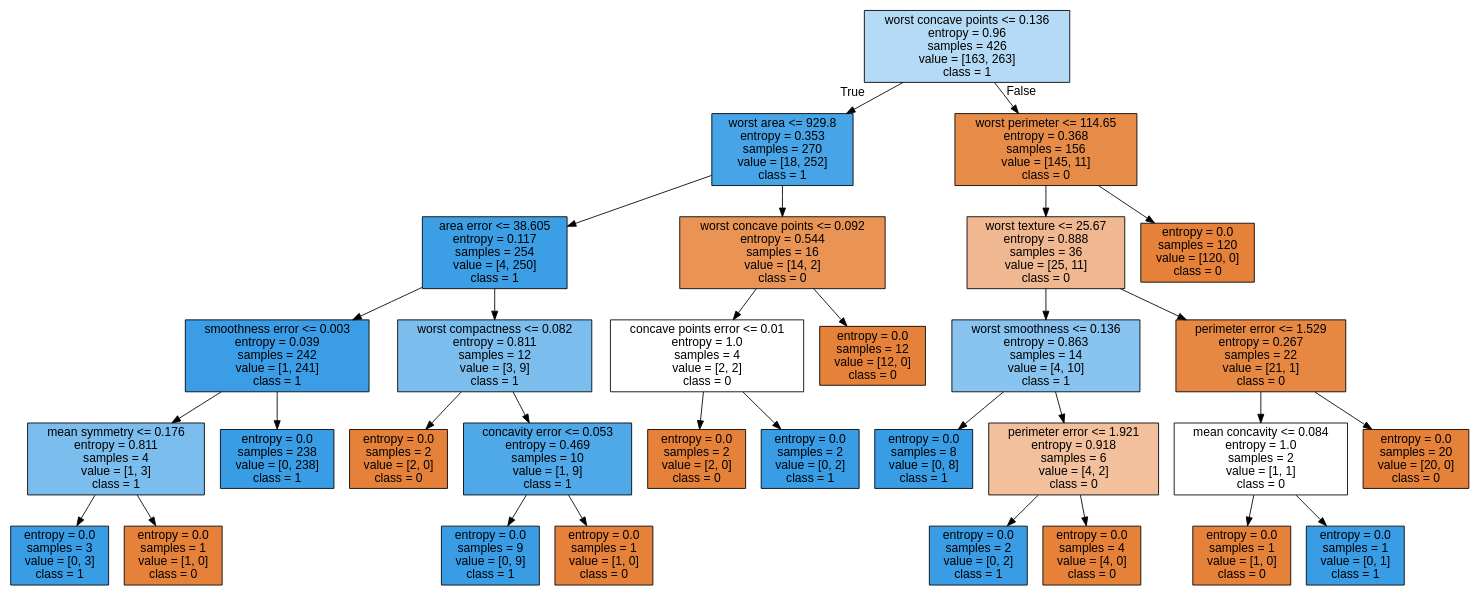
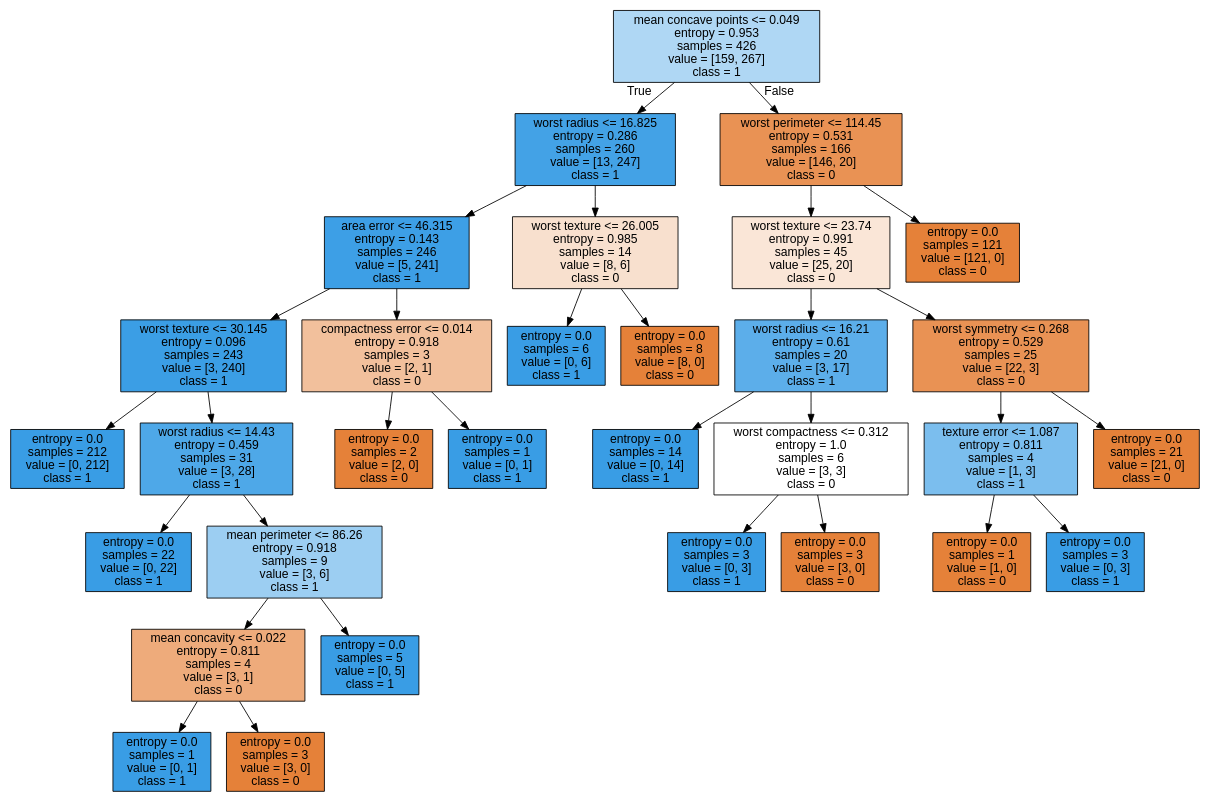
The diagram in tree.dot (zareeiant/Intro_to_Machine_Learning_Student_Workbooks), drawn with Graphviz before and after one commit. The commit also changed 9 other files, not shown here.

```diff
--- a/tree.dot
+++ b/tree.dot
@@ -1,65 +1,65 @@
 digraph Tree {
 node [shape=box, style="filled", color="black", fontname="helvetica"] ;
 edge [fontname="helvetica"] ;
-0 [label="worst concave points <= 0.136\nentropy = 0.96\nsamples = 426\nvalue = [163, 263]\nclass = 1", fillcolor="#b4daf5"] ;
-1 [label="worst area <= 929.8\nentropy = 0.353\nsamples = 270\nvalue = [18, 252]\nclass = 1", fillcolor="#47a4e7"] ;
+0 [label="mean concave points <= 0.049\nentropy = 0.953\nsamples = 426\nvalue = [159, 267]\nclass = 1", fillcolor="#afd7f4"] ;
+1 [label="worst radius <= 16.825\nentropy = 0.286\nsamples = 260\nvalue = [13, 247]\nclass = 1", fillcolor="#43a2e6"] ;
 0 -> 1 [labeldistance=2.5, labelangle=45, headlabel="True"] ;
-2 [label="area error <= 38.605\nentropy = 0.117\nsamples = 254\nvalue = [4, 250]\nclass = 1", fillcolor="#3c9fe5"] ;
+2 [label="area error <= 46.315\nentropy = 0.143\nsamples = 246\nvalue = [5, 241]\nclass = 1", fillcolor="#3d9fe6"] ;
 1 -> 2 ;
-3 [label="smoothness error <= 0.003\nentropy = 0.039\nsamples = 242\nvalue = [1, 241]\nclass = 1", fillcolor="#3a9de5"] ;
+3 [label="worst texture <= 30.145\nentropy = 0.096\nsamples = 243\nvalue = [3, 240]\nclass = 1", fillcolor="#3b9ee5"] ;
 2 -> 3 ;
-4 [label="mean symmetry <= 0.176\nentropy = 0.811\nsamples = 4\nvalue = [1, 3]\nclass = 1", fillcolor="#7bbeee"] ;
+4 [label="entropy = 0.0\nsamples = 212\nvalue = [0, 212]\nclass = 1", fillcolor="#399de5"] ;
 3 -> 4 ;
-5 [label="entropy = 0.0\nsamples = 3\nvalue = [0, 3]\nclass = 1", fillcolor="#399de5"] ;
-4 -> 5 ;
-6 [label="entropy = 0.0\nsamples = 1\nvalue = [1, 0]\nclass = 0", fillcolor="#e58139"] ;
-4 -> 6 ;
-7 [label="entropy = 0.0\nsamples = 238\nvalue = [0, 238]\nclass = 1", fillcolor="#399de5"] ;
-3 -> 7 ;
-8 [label="worst compactness <= 0.082\nentropy = 0.811\nsamples = 12\nvalue = [3, 9]\nclass = 1", fillcolor="#7bbeee"] ;
-2 -> 8 ;
-9 [label="entropy = 0.0\nsamples = 2\nvalue = [2, 0]\nclass = 0", fillcolor="#e58139"] ;
+5 [label="worst radius <= 14.43\nentropy = 0.459\nsamples = 31\nvalue = [3, 28]\nclass = 1", fillcolor="#4ea8e8"] ;
+3 -> 5 ;
+6 [label="entropy = 0.0\nsamples = 22\nvalue = [0, 22]\nclass = 1", fillcolor="#399de5"] ;
+5 -> 6 ;
+7 [label="mean perimeter <= 86.26\nentropy = 0.918\nsamples = 9\nvalue = [3, 6]\nclass = 1", fillcolor="#9ccef2"] ;
+5 -> 7 ;
+8 [label="mean concavity <= 0.022\nentropy = 0.811\nsamples = 4\nvalue = [3, 1]\nclass = 0", fillcolor="#eeab7b"] ;
+7 -> 8 ;
+9 [label="entropy = 0.0\nsamples = 1\nvalue = [0, 1]\nclass = 1", fillcolor="#399de5"] ;
 8 -> 9 ;
-10 [label="concavity error <= 0.053\nentropy = 0.469\nsamples = 10\nvalue = [1, 9]\nclass = 1", fillcolor="#4fa8e8"] ;
+10 [label="entropy = 0.0\nsamples = 3\nvalue = [3, 0]\nclass = 0", fillcolor="#e58139"] ;
 8 -> 10 ;
-11 [label="entropy = 0.0\nsamples = 9\nvalue = [0, 9]\nclass = 1", fillcolor="#399de5"] ;
-10 -> 11 ;
-12 [label="entropy = 0.0\nsamples = 1\nvalue = [1, 0]\nclass = 0", fillcolor="#e58139"] ;
-10 -> 12 ;
-13 [label="worst concave points <= 0.092\nentropy = 0.544\nsamples = 16\nvalue = [14, 2]\nclass = 0", fillcolor="#e99355"] ;
-1 -> 13 ;
-14 [label="concave points error <= 0.01\nentropy = 1.0\nsamples = 4\nvalue = [2, 2]\nclass = 0", fillcolor="#ffffff"] ;
-13 -> 14 ;
-15 [label="entropy = 0.0\nsamples = 2\nvalue = [2, 0]\nclass = 0", fillcolor="#e58139"] ;
-14 -> 15 ;
-16 [label="entropy = 0.0\nsamples = 2\nvalue = [0, 2]\nclass = 1", fillcolor="#399de5"] ;
-14 -> 16 ;
-17 [label="entropy = 0.0\nsamples = 12\nvalue = [12, 0]\nclass = 0", fillcolor="#e58139"] ;
-13 -> 17 ;
-18 [label="worst perimeter <= 114.65\nentropy = 0.368\nsamples = 156\nvalue = [145, 11]\nclass = 0", fillcolor="#e78b48"] ;
+11 [label="entropy = 0.0\nsamples = 5\nvalue = [0, 5]\nclass = 1", fillcolor="#399de5"] ;
+7 -> 11 ;
+12 [label="compactness error <= 0.014\nentropy = 0.918\nsamples = 3\nvalue = [2, 1]\nclass = 0", fillcolor="#f2c09c"] ;
+2 -> 12 ;
+13 [label="entropy = 0.0\nsamples = 2\nvalue = [2, 0]\nclass = 0", fillcolor="#e58139"] ;
+12 -> 13 ;
+14 [label="entropy = 0.0\nsamples = 1\nvalue = [0, 1]\nclass = 1", fillcolor="#399de5"] ;
+12 -> 14 ;
+15 [label="worst texture <= 26.005\nentropy = 0.985\nsamples = 14\nvalue = [8, 6]\nclass = 0", fillcolor="#f8e0ce"] ;
+1 -> 15 ;
+16 [label="entropy = 0.0\nsamples = 6\nvalue = [0, 6]\nclass = 1", fillcolor="#399de5"] ;
+15 -> 16 ;
+17 [label="entropy = 0.0\nsamples = 8\nvalue = [8, 0]\nclass = 0", fillcolor="#e58139"] ;
+15 -> 17 ;
+18 [label="worst perimeter <= 114.45\nentropy = 0.531\nsamples = 166\nvalue = [146, 20]\nclass = 0", fillcolor="#e99254"] ;
 0 -> 18 [labeldistance=2.5, labelangle=-45, headlabel="False"] ;
-19 [label="worst texture <= 25.67\nentropy = 0.888\nsamples = 36\nvalue = [25, 11]\nclass = 0", fillcolor="#f0b890"] ;
+19 [label="worst texture <= 23.74\nentropy = 0.991\nsamples = 45\nvalue = [25, 20]\nclass = 0", fillcolor="#fae6d7"] ;
 18 -> 19 ;
-20 [label="worst smoothness <= 0.136\nentropy = 0.863\nsamples = 14\nvalue = [4, 10]\nclass = 1", fillcolor="#88c4ef"] ;
+20 [label="worst radius <= 16.21\nentropy = 0.61\nsamples = 20\nvalue = [3, 17]\nclass = 1", fillcolor="#5caeea"] ;
 19 -> 20 ;
-21 [label="entropy = 0.0\nsamples = 8\nvalue = [0, 8]\nclass = 1", fillcolor="#399de5"] ;
+21 [label="entropy = 0.0\nsamples = 14\nvalue = [0, 14]\nclass = 1", fillcolor="#399de5"] ;
 20 -> 21 ;
-22 [label="perimeter error <= 1.921\nentropy = 0.918\nsamples = 6\nvalue = [4, 2]\nclass = 0", fillcolor="#f2c09c"] ;
+22 [label="worst compactness <= 0.312\nentropy = 1.0\nsamples = 6\nvalue = [3, 3]\nclass = 0", fillcolor="#ffffff"] ;
 20 -> 22 ;
-23 [label="entropy = 0.0\nsamples = 2\nvalue = [0, 2]\nclass = 1", fillcolor="#399de5"] ;
+23 [label="entropy = 0.0\nsamples = 3\nvalue = [0, 3]\nclass = 1", fillcolor="#399de5"] ;
 22 -> 23 ;
-24 [label="entropy = 0.0\nsamples = 4\nvalue = [4, 0]\nclass = 0", fillcolor="#e58139"] ;
+24 [label="entropy = 0.0\nsamples = 3\nvalue = [3, 0]\nclass = 0", fillcolor="#e58139"] ;
 22 -> 24 ;
-25 [label="perimeter error <= 1.529\nentropy = 0.267\nsamples = 22\nvalue = [21, 1]\nclass = 0", fillcolor="#e68742"] ;
+25 [label="worst symmetry <= 0.268\nentropy = 0.529\nsamples = 25\nvalue = [22, 3]\nclass = 0", fillcolor="#e99254"] ;
 19 -> 25 ;
-26 [label="mean concavity <= 0.084\nentropy = 1.0\nsamples = 2\nvalue = [1, 1]\nclass = 0", fillcolor="#ffffff"] ;
+26 [label="texture error <= 1.087\nentropy = 0.811\nsamples = 4\nvalue = [1, 3]\nclass = 1", fillcolor="#7bbeee"] ;
 25 -> 26 ;
 27 [label="entropy = 0.0\nsamples = 1\nvalue = [1, 0]\nclass = 0", fillcolor="#e58139"] ;
 26 -> 27 ;
-28 [label="entropy = 0.0\nsamples = 1\nvalue = [0, 1]\nclass = 1", fillcolor="#399de5"] ;
+28 [label="entropy = 0.0\nsamples = 3\nvalue = [0, 3]\nclass = 1", fillcolor="#399de5"] ;
 26 -> 28 ;
-29 [label="entropy = 0.0\nsamples = 20\nvalue = [20, 0]\nclass = 0", fillcolor="#e58139"] ;
+29 [label="entropy = 0.0\nsamples = 21\nvalue = [21, 0]\nclass = 0", fillcolor="#e58139"] ;
 25 -> 29 ;
-30 [label="entropy = 0.0\nsamples = 120\nvalue = [120, 0]\nclass = 0", fillcolor="#e58139"] ;
+30 [label="entropy = 0.0\nsamples = 121\nvalue = [121, 0]\nclass = 0", fillcolor="#e58139"] ;
 18 -> 30 ;
 }
```
